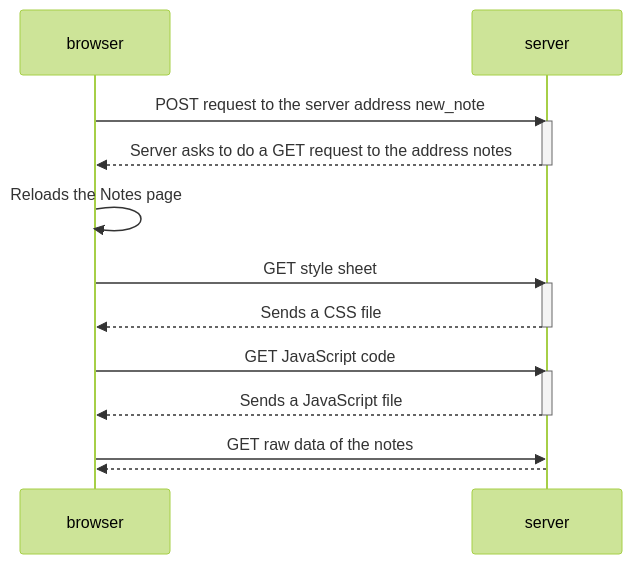
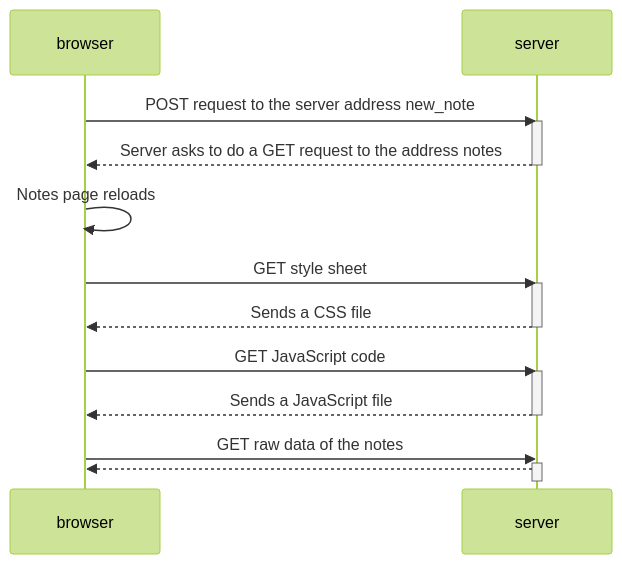
One commit to early-dew/FullStackOpen changed the diagram in Part0.md. Above: the diagram before and after it, drawn with Mermaid (forest theme).

````diff
--- a/Part0.md
+++ b/Part0.md
@@ -1,20 +1,22 @@
 ```mermaid
 sequenceDiagram
  participant browser
  participant server
  browser->>server: POST request to the server address new_note
  activate server
  server-->>browser:  Server asks to do a GET request to the address notes
  deactivate server
- browser->>browser: Reloads the Notes page
+ browser->>browser: Notes page reloads
  browser->>server: GET style sheet
  activate server
  server-->>browser: Sends a CSS file
  deactivate server
  browser->>server: GET JavaScript code
  activate server
  server-->>browser: Sends a JavaScript file
  deactivate server
  browser->>server: GET raw data of the notes
+ activate server
  server-->>browser: 
+ deactivate server
 ```
````
